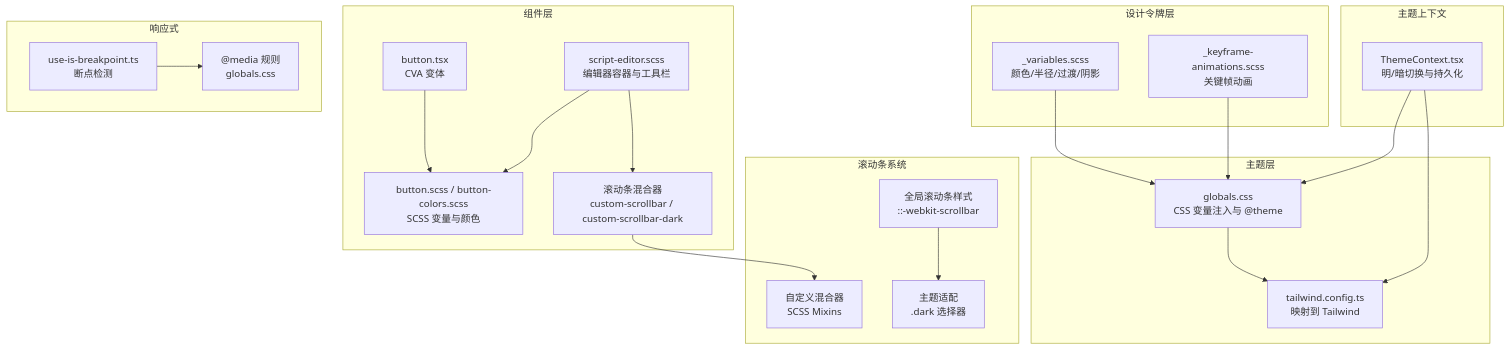
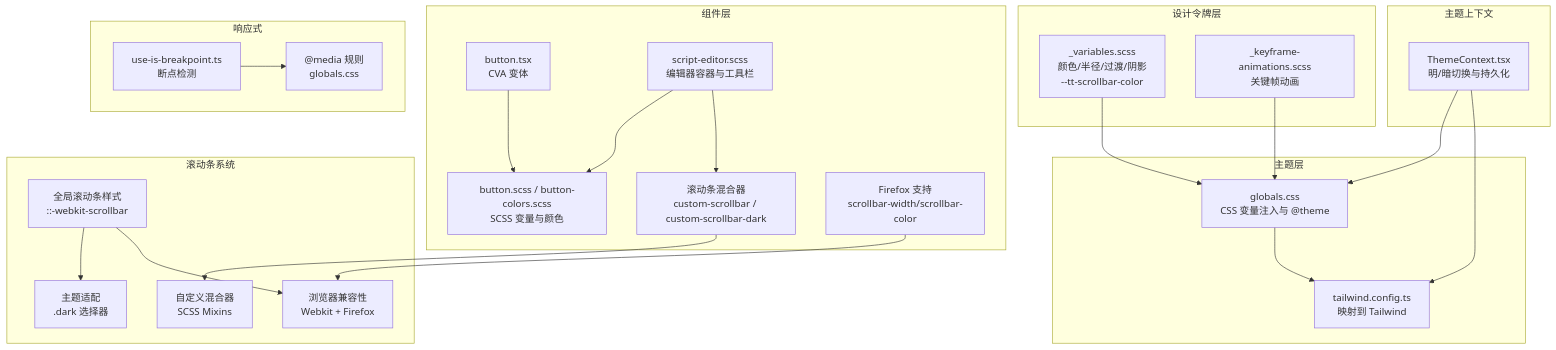
Before and after one commit to KunLabAI/KunFlix: the second of 10 diagrams in .qoder/repowiki/zh/content/前端应用架构/UI组件库/主题与样式系统.md, drawn with Mermaid. The commit also changed other lines of this file and 15 other files, not shown here.

````diff
--- a/.qoder/repowiki/zh/content/前端应用架构/UI组件库/主题与样式系统.md
+++ b/.qoder/repowiki/zh/content/前端应用架构/UI组件库/主题与样式系统.md
@@ -114,40 +121,44 @@
 ```mermaid
 graph TB
 subgraph "设计令牌层"
-V["_variables.scss<br/>颜色/半径/过渡/阴影"]
+V["_variables.scss<br/>颜色/半径/过渡/阴影<br/>--tt-scrollbar-color"]
 A["_keyframe-animations.scss<br/>关键帧动画"]
 end
 subgraph "主题层"
 G["globals.css<br/>CSS 变量注入与 @theme"]
 T["tailwind.config.ts<br/>映射到 Tailwind"]
 end
 subgraph "组件层"
 U["button.tsx<br/>CVA 变体"]
 S["button.scss / button-colors.scss<br/>SCSS 变量与颜色"]
 X["script-editor.scss<br/>编辑器容器与工具栏"]
 Y["滚动条混合器<br/>custom-scrollbar / custom-scrollbar-dark"]
+Z["Firefox 支持<br/>scrollbar-width/scrollbar-color"]
 end
 subgraph "主题上下文"
 TC["ThemeContext.tsx<br/>明/暗切换与持久化"]
 end
 subgraph "响应式"
 HB["use-is-breakpoint.ts<br/>断点检测"]
 GM["@media 规则<br/>globals.css"]
 end
 subgraph "滚动条系统"
 YS["全局滚动条样式<br/>::-webkit-scrollbar"]
 YM["自定义混合器<br/>SCSS Mixins"]
 YT["主题适配<br/>.dark 选择器"]
+YB["浏览器兼容性<br/>Webkit + Firefox"]
 end
 V --> G
 A --> G
 G --> T
 TC --> G
 TC --> T
 U --> S
 X --> S
 X --> Y
 Y --> YM
 YS --> YT
+YS --> YB
+Z --> YB
 HB --> GM
 ```
````
